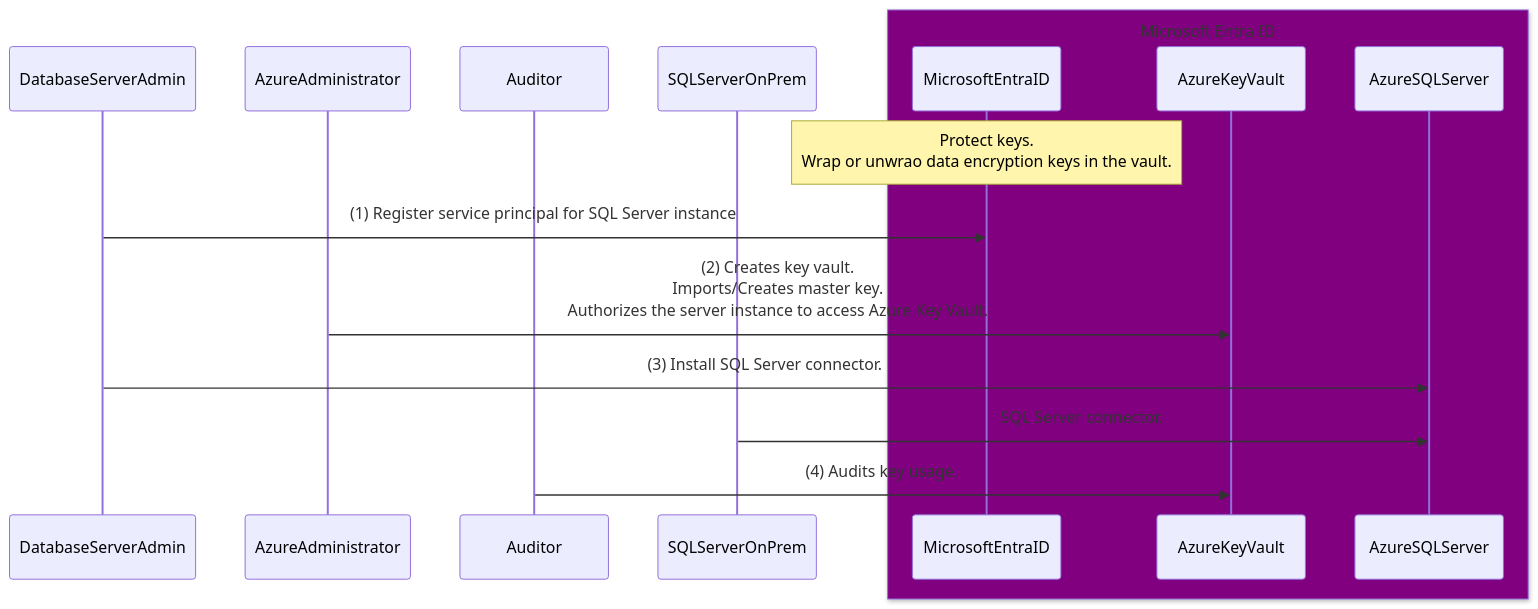
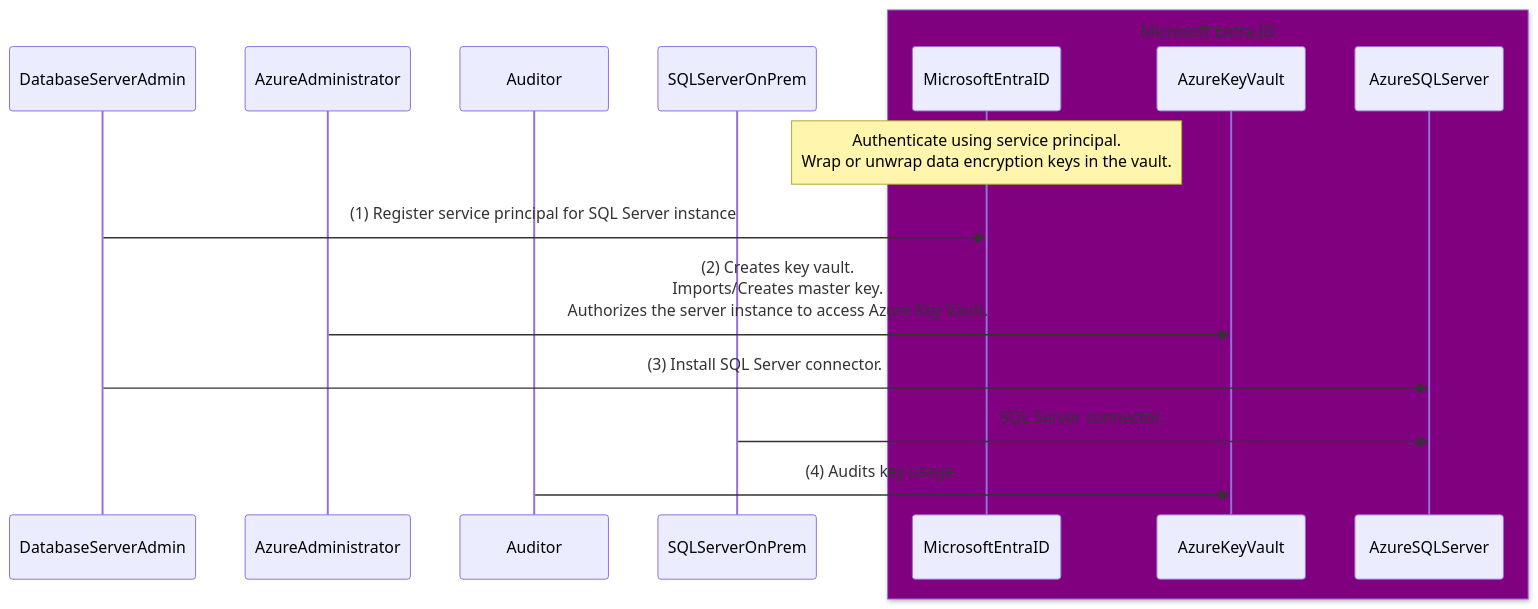
The diagram in README.md (sonnyayran/dac-mermaid), drawn with Mermaid before and after one commit.

````diff
--- a/README.md
+++ b/README.md
@@ -47,19 +47,19 @@
 ```mermaid
 sequenceDiagram
     participant DatabaseServerAdmin
     participant AzureAdministrator
     participant Auditor
     participant SQLServerOnPrem
     box purple Microsoft Entra ID  
         participant MicrosoftEntraID
         participant AzureKeyVault
         participant AzureSQLServer
     end
-    note over MicrosoftEntraID: Protect keys.<br/> Wrap or unwrao data encryption keys in the vault.
+    note over MicrosoftEntraID: Authenticate using service principal.<br/> Wrap or unwrap data encryption keys in the vault.
     DatabaseServerAdmin->>MicrosoftEntraID: (1) Register service principal for SQL Server instance
     AzureAdministrator->>AzureKeyVault: (2) Creates key vault.<br/> Imports/Creates master key.<br/> Authorizes the server instance to access Azure Key Vault.
     DatabaseServerAdmin->>AzureSQLServer: (3) Install SQL Server connector.
     SQLServerOnPrem->>AzureSQLServer: SQL Server connector.
     Auditor->>AzureKeyVault: (4) Audits key usage.
 
 ```
````
